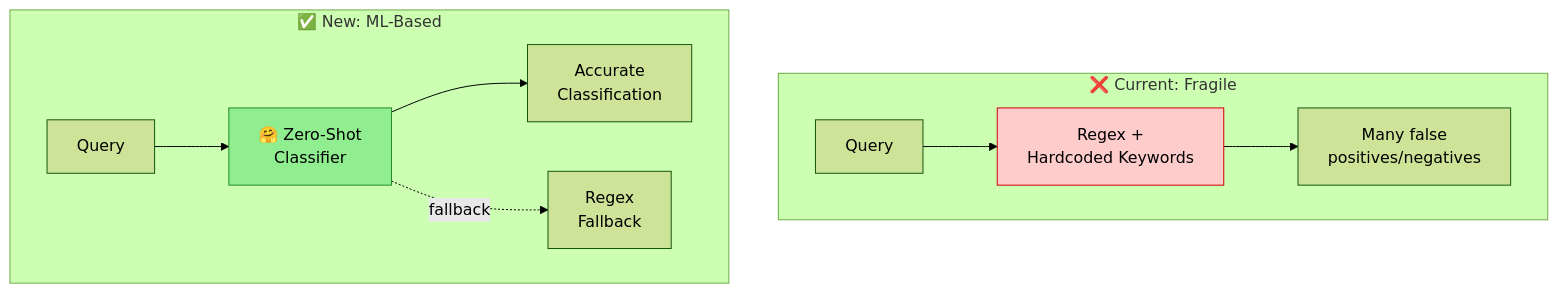
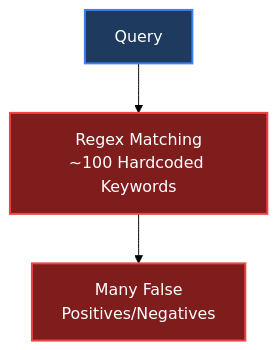
One commit to RaulJuliosIglesias/ai-powered_cv_screener changed the seventh of 22 diagrams in docs/roadmap/RAG_V6.md. Above: the diagram before and after it, drawn with Mermaid (forest theme). The commit also changed other lines of this file, not shown here.

````diff
--- a/docs/roadmap/RAG_V6.md
+++ b/docs/roadmap/RAG_V6.md
@@ -192,16 +191,9 @@
 ```mermaid
 flowchart TB
-    subgraph Current["❌ Current: Fragile"]
-        Query1["Query"] --> Regex["Regex +<br/>Hardcoded Keywords"]
-        Regex --> Result1["Many false<br/>positives/negatives"]
-    end
+    A[Query] --> B[Regex Matching<br/>~100 Hardcoded Keywords]
+    B --> C[Many False<br/>Positives/Negatives]
     
-    subgraph New["✅ New: ML-Based"]
-        Query2["Query"] --> ZeroShot["🤗 Zero-Shot<br/>Classifier"]
-        ZeroShot --> Result2["Accurate<br/>Classification"]
-        ZeroShot -.->|fallback| Regex2["Regex<br/>Fallback"]
-    end
-    
-    style Regex fill:#ffcccc,stroke:#cc0000
-    style ZeroShot fill:#90EE90,stroke:#228B22
+    style A fill:#1e3a5f,stroke:#3b82f6,stroke-width:2px,color:#ffffff
+    style B fill:#7f1d1d,stroke:#ef4444,stroke-width:2px,color:#ffffff
+    style C fill:#7f1d1d,stroke:#ef4444,stroke-width:2px,color:#ffffff
 ```
````
